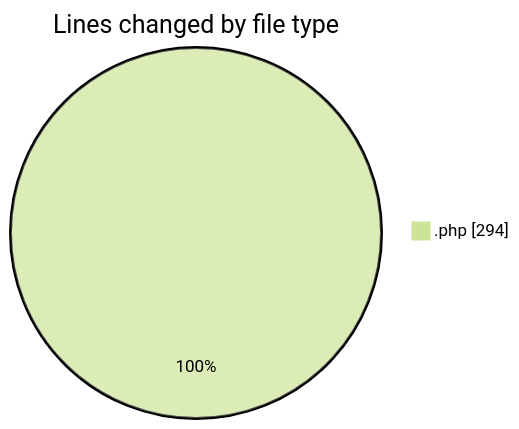
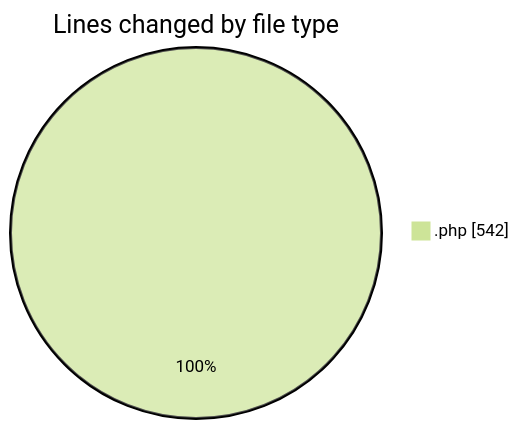
One commit to LanceThiago/code-tracking changed the first of 2 diagrams in 2026-09-15/web/README.md. Above: the diagram before and after it, drawn with Mermaid (forest theme). The commit also changed other lines of this file and 1 other file, not shown here.

````diff
--- a/2026-09-15/web/README.md
+++ b/2026-09-15/web/README.md
@@ -21,5 +22,5 @@
 ```mermaid
 pie showData
 title Lines changed by file type
-".php" : 294
+".php" : 542
 ```
````
